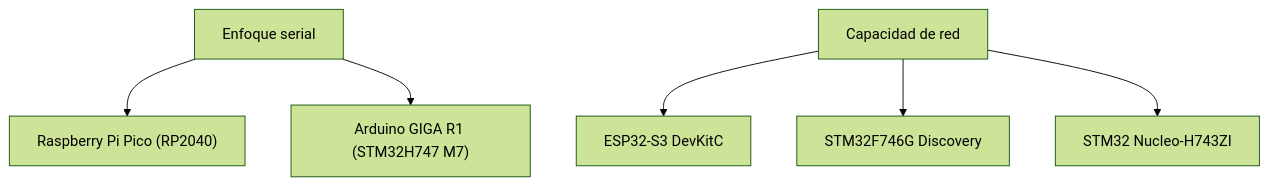
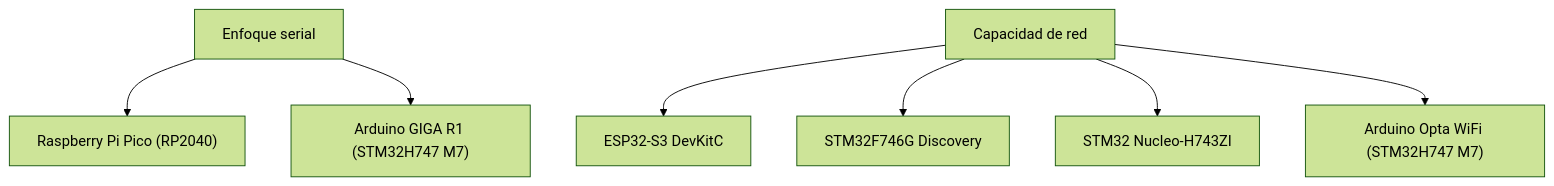
Before and after one commit to eduardojvieira/ZPLC: the diagram in docs/i18n/es/docusaurus-plugin-content-docs/current/reference/boards.md, drawn with Mermaid (forest theme). The commit also changed other lines of this file and 62 other files, not shown here.

````diff
--- a/docs/i18n/es/docusaurus-plugin-content-docs/current/reference/boards.md
+++ b/docs/i18n/es/docusaurus-plugin-content-docs/current/reference/boards.md
@@ -17,15 +17,17 @@
 ```mermaid
 flowchart TD
   serial["Enfoque serial"]
   network["Capacidad de red"]
   b1["Raspberry Pi Pico (RP2040)"]
   serial --> b1
   b2["Arduino GIGA R1 (STM32H747 M7)"]
   serial --> b2
   b3["ESP32-S3 DevKitC"]
   network --> b3
   b4["STM32F746G Discovery"]
   network --> b4
   b5["STM32 Nucleo-H743ZI"]
   network --> b5
+  b6["Arduino Opta WiFi (STM32H747 M7)"]
+  network --> b6
 ```
````
